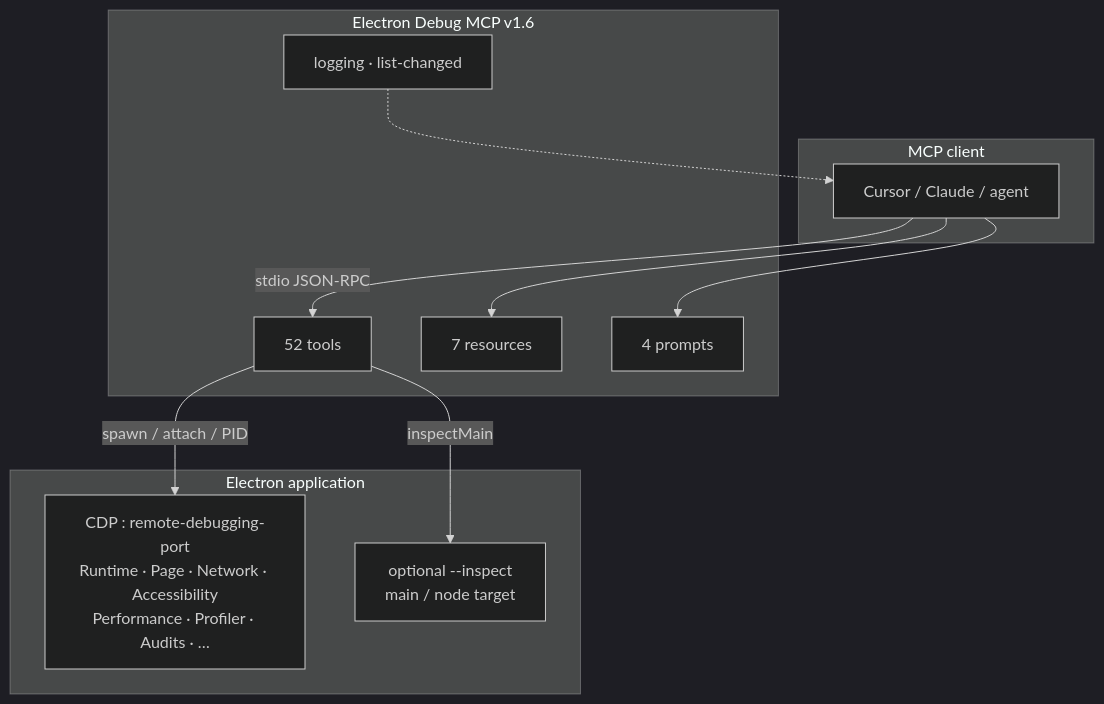
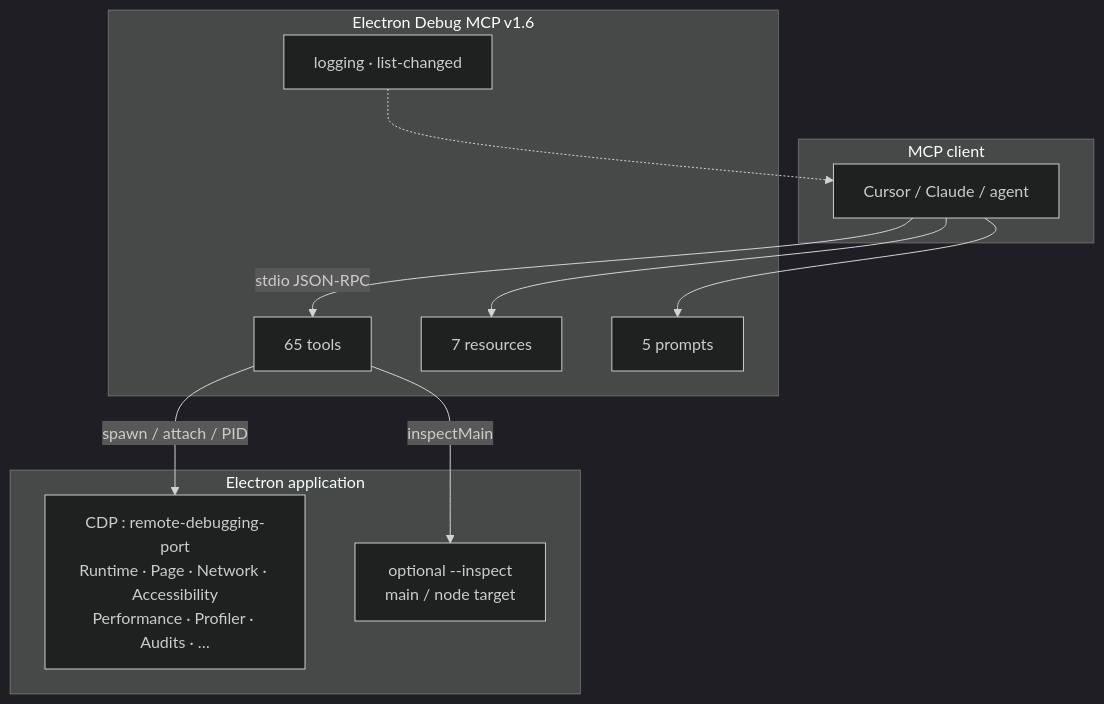
One commit to amafjarkasi/electron-mcp-server changed the second of 5 diagrams in README.md. Above: the diagram before and after it, drawn with Mermaid (dark theme). The commit also changed other lines of this file and 5 other files, not shown here.

````diff
--- a/README.md
+++ b/README.md
@@ -328,25 +339,25 @@
 ```mermaid
 flowchart TB
   subgraph Client["MCP client"]
     Agent["Cursor / Claude / agent"]
   end
 
   subgraph Server["Electron Debug MCP v1.6"]
-    Tools["52 tools"]
+    Tools["65 tools"]
     Resources["7 resources"]
-    Prompts["4 prompts"]
+    Prompts["5 prompts"]
     Notify["logging · list-changed"]
   end
 
   subgraph App["Electron application"]
     CDP["CDP : remote-debugging-port<br/>Runtime · Page · Network · Accessibility<br/>Performance · Profiler · Audits · …"]
     Inspect["optional --inspect<br/>main / node target"]
   end
 
   Agent -->|"stdio JSON-RPC"| Tools
   Agent --> Resources
   Agent --> Prompts
   Tools -->|"spawn / attach / PID"| CDP
   Tools -->|"inspectMain"| Inspect
   Notify -.-> Agent
 ```
````
